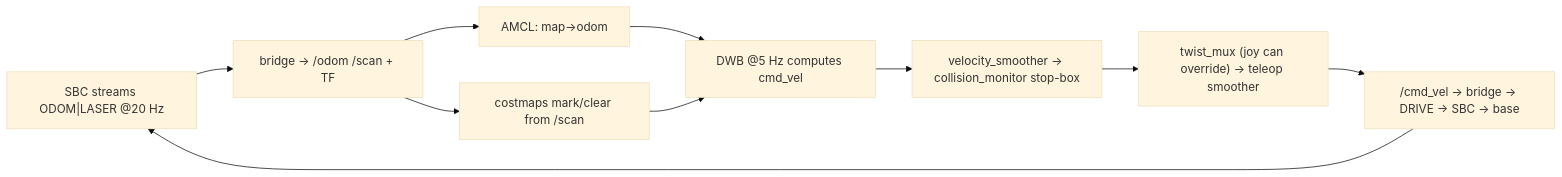
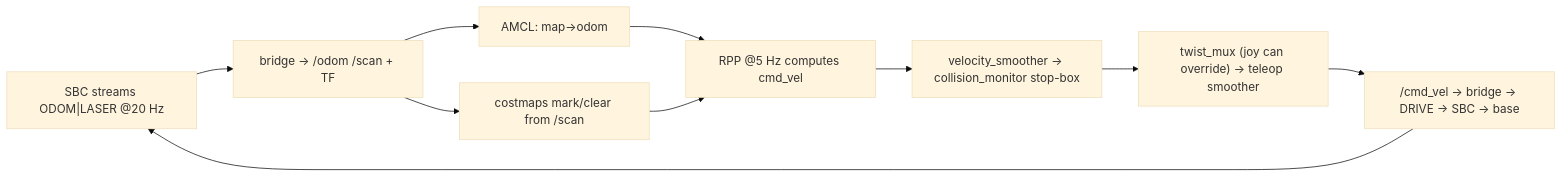
The third of 3 diagrams in docs/architecture/execution-flow.md (cmu-impactlab/patrolbot), drawn with Mermaid (base theme) before and after one commit. The commit also changed other lines of this file and 41 other files, not shown here.

````diff
--- a/docs/architecture/execution-flow.md
+++ b/docs/architecture/execution-flow.md
@@ -120,12 +118,12 @@
 ```mermaid
 flowchart LR
     A["SBC streams ODOM|LASER @20 Hz"] --> B["bridge → /odom /scan + TF"]
     B --> C["AMCL: map→odom"]
     B --> D["costmaps mark/clear from /scan"]
-    C --> E["DWB @5 Hz computes cmd_vel"]
+    C --> E["RPP @5 Hz computes cmd_vel"]
     D --> E
     E --> F["velocity_smoother → collision_monitor stop-box"]
     F --> G["twist_mux (joy can override) → teleop smoother"]
     G --> H["/cmd_vel → bridge → DRIVE → SBC → base"]
     H --> A
 ```
````
